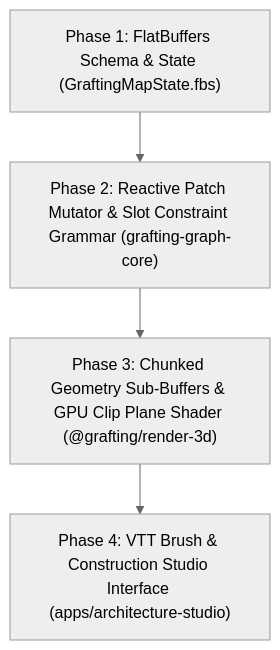
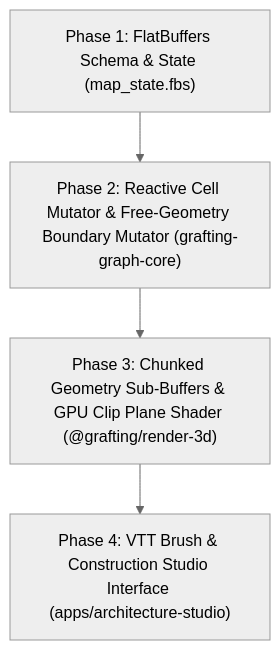
The diagram in docs/architecture/vtt-map-construction-roadmap.md (TassoossaT/Grafting-Monorepo), drawn with Mermaid (neutral theme) before and after one commit. The commit also changed other lines of this file and 2 other files, not shown here.

First line of the commit message:
docs: accept ADR-0022 and fix VTT map roadmap to free-geometry boundaries

````diff
--- a/docs/architecture/vtt-map-construction-roadmap.md
+++ b/docs/architecture/vtt-map-construction-roadmap.md
@@ -24,6 +25,6 @@
 ```mermaid
 flowchart TD
-    P1["Phase 1: FlatBuffers Schema & State (GraftingMapState.fbs)"] --> P2["Phase 2: Reactive Patch Mutator & Slot Constraint Grammar (grafting-graph-core)"]
+    P1["Phase 1: FlatBuffers Schema & State (map_state.fbs)"] --> P2["Phase 2: Reactive Cell Mutator & Free-Geometry Boundary Mutator (grafting-graph-core)"]
     P2 --> P3["Phase 3: Chunked Geometry Sub-Buffers & GPU Clip Plane Shader (@grafting/render-3d)"]
     P3 --> P4["Phase 4: VTT Brush & Construction Studio Interface (apps/architecture-studio)"]
 ```
````
